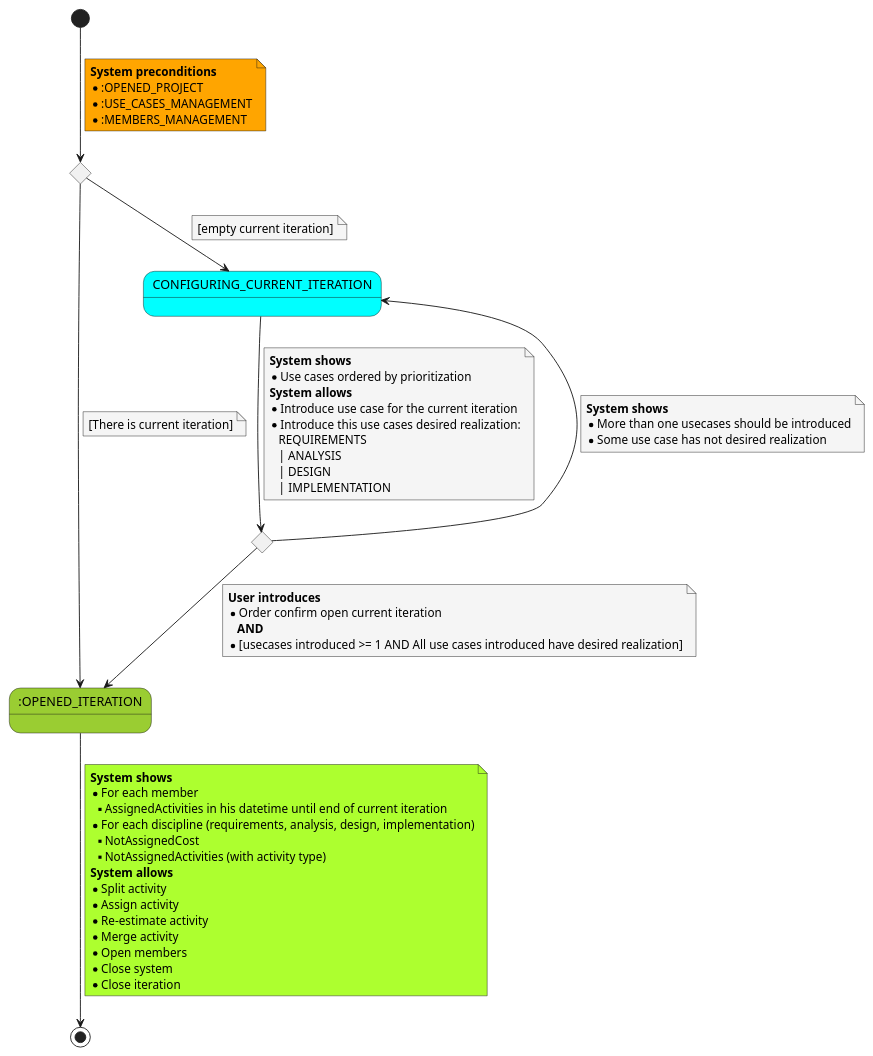
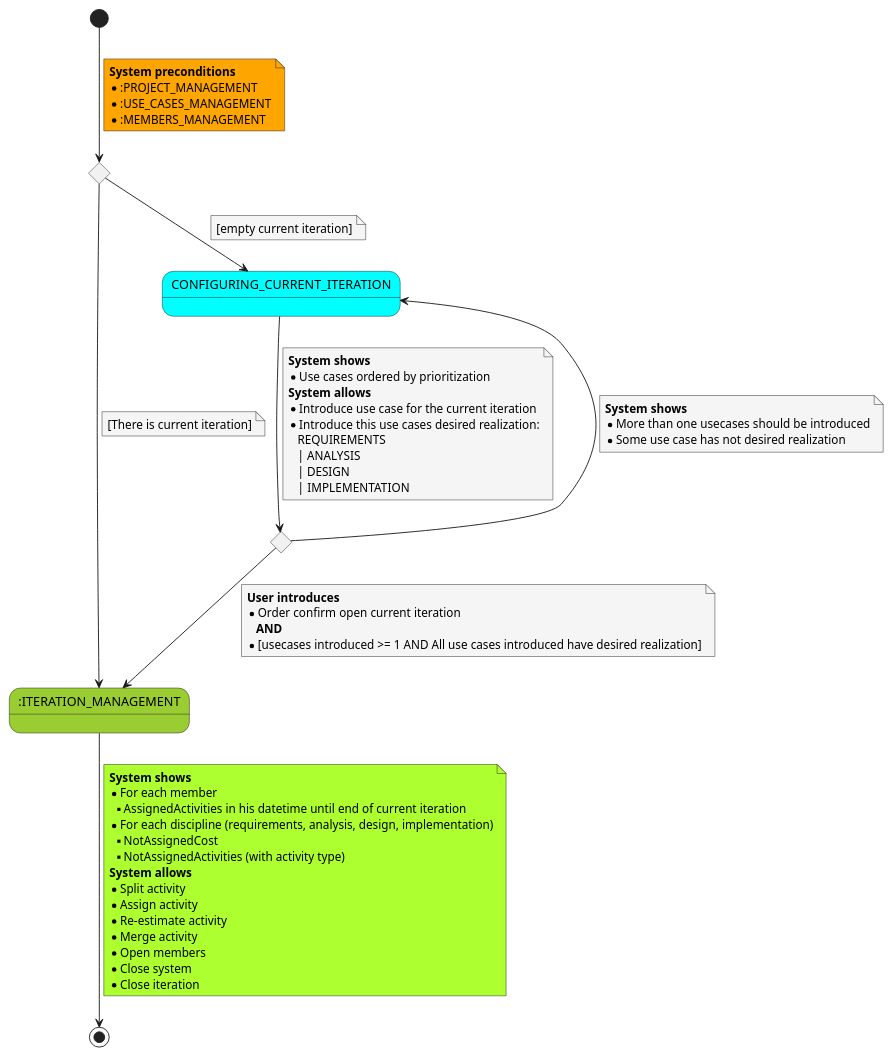
The diagram in documentation/diagrams/esbozopersonal/Agu/useCases/OpenIteration-Ag.puml (rup-projects/rup-projects), drawn with PlantUML before and after one commit. The commit also changed 16 other files, not shown here.

Commit message:
cambiamos de nombre OPENED por MANAGEMENT

```diff
--- a/documentation/diagrams/esbozopersonal/Agu/useCases/OpenIteration-Ag.puml
+++ b/documentation/diagrams/esbozopersonal/Agu/useCases/OpenIteration-Ag.puml
@@ -1,69 +1,69 @@
 @startuml
 skinparam {
     NoteBackgroundColor #whiteSmoke
 }
 
     state 1  <<choice>>
     state 2 as "CONFIGURING_CURRENT_ITERATION" #Cyan
     state 3 <<choice>>
-    state 4 as ":OPENED_ITERATION" #YellowGreen
+    state 4 as ":ITERATION_MANAGEMENT" #YellowGreen
     
 
     [*] --> 1
     note on link #Orange
         <b>System preconditions</b>
-        * :OPENED_PROJECT
+        * :PROJECT_MANAGEMENT
         * :USE_CASES_MANAGEMENT
         * :MEMBERS_MANAGEMENT
     end note
       1 -> 4
     note on link
         [There is current iteration]
     end note
     1 --> 2
     note on link
         [empty current iteration]
     end note
     2 --> 3
     note on link
         <b>System shows</b>
         * Use cases ordered by prioritization
         <b>System allows</b>
         * Introduce use case for the current iteration
         * Introduce this use cases desired realization:
            REQUIREMENTS 
            | ANALYSIS 
            | DESIGN 
            | IMPLEMENTATION
     end note
     3 --> 2
        note on link
         <b>System shows</b>
         * More than one usecases should be introduced
         * Some use case has not desired realization
     end note
     3 --> 4
     note on link
         <b>User introduces</b>
         * Order confirm open current iteration
            <b>AND</b>
         * [usecases introduced >= 1 AND All use cases introduced have desired realization]  
     end note
     4 --> [*]
     note on link #GreenYellow
      <b>System shows</b>
      * For each member
      ** AssignedActivities in his datetime until end of current iteration
      * For each discipline (requirements, analysis, design, implementation)
      ** NotAssignedCost
      ** NotAssignedActivities (with activity type)
      <b>System allows</b>
      * Split activity
      * Assign activity
      * Re-estimate activity
      * Merge activity
      * Open members
      * Close system
      * Close iteration
     end note
 @enduml
```
